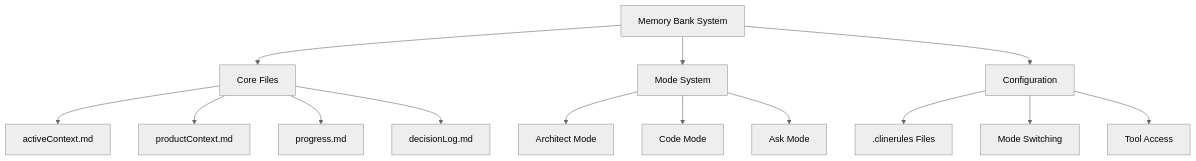
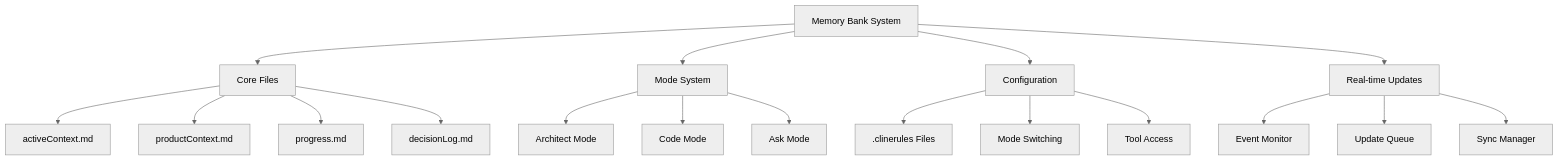
One commit to shaunie2fly/roo-code-memory-bank changed the first of 2 diagrams in developer-primer.md. Above: the diagram before and after it, drawn with Mermaid (neutral theme). The commit also changed other lines of this file and 4 other files, not shown here.

````diff
--- a/developer-primer.md
+++ b/developer-primer.md
@@ -7,19 +7,24 @@
 ```mermaid
 flowchart TD
     A[Memory Bank System] --> B[Core Files]
     A --> C[Mode System]
     A --> D[Configuration]
+    A --> E[Real-time Updates]
     
     B --> B1[activeContext.md]
     B --> B2[productContext.md]
     B --> B3[progress.md]
     B --> B4[decisionLog.md]
     
     C --> C1[Architect Mode]
     C --> C2[Code Mode]
     C --> C3[Ask Mode]
     
     D --> D1[.clinerules Files]
     D --> D2[Mode Switching]
     D --> D3[Tool Access]
+    
+    E --> E1[Event Monitor]
+    E --> E2[Update Queue]
+    E --> E3[Sync Manager]
 ```
````
